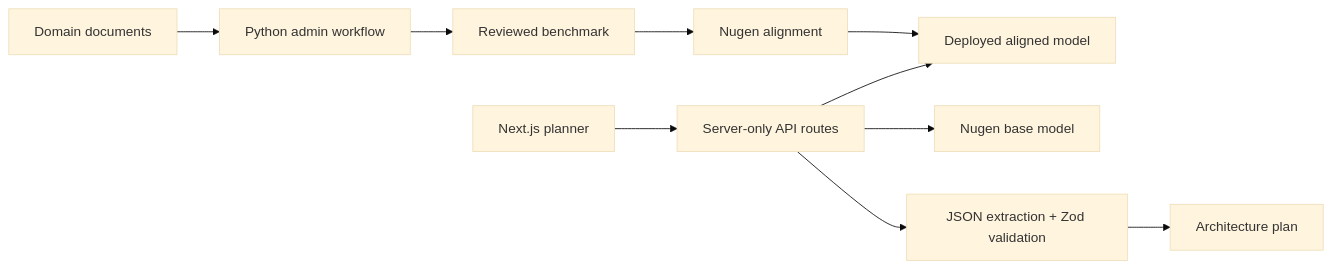
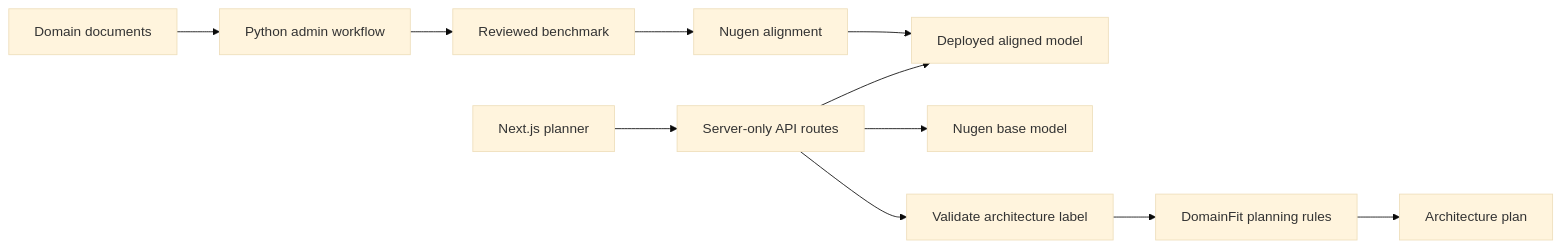
One commit to mahimathacker/domainfit changed the diagram in README.md. Above: the diagram before and after it, drawn with Mermaid (base theme). The commit also changed other lines of this file and 9 other files, not shown here.

````diff
--- a/README.md
+++ b/README.md
@@ -32,12 +32,13 @@
 ```mermaid
 flowchart LR
   D[Domain documents] --> P[Python admin workflow]
   P --> B[Reviewed benchmark]
   B --> A[Nugen alignment]
   A --> M[Deployed aligned model]
   U[Next.js planner] --> R[Server-only API routes]
   R --> M
   R --> G[Nugen base model]
-  R --> V[JSON extraction + Zod validation]
-  V --> O[Architecture plan]
+  R --> V[Validate architecture label]
+  V --> DPF[DomainFit planning rules]
+  DPF --> O[Architecture plan]
 ```
````
